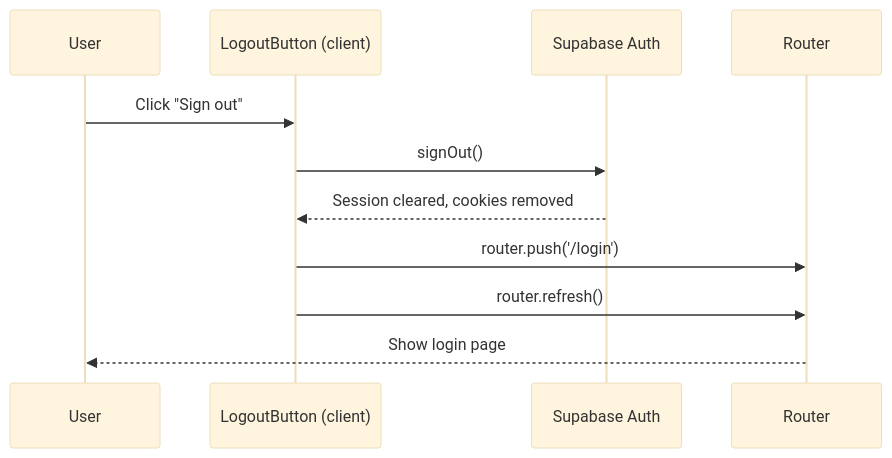
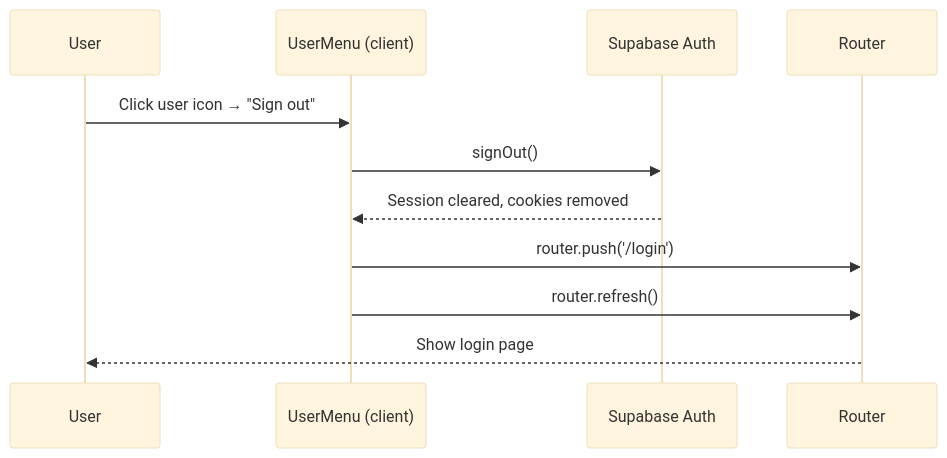
The fourth of 7 diagrams in docs/auth-flow.md (Felege-Yordanos-Tech-Team/felege-yordanos-app), drawn with Mermaid (base theme) before and after one commit. The commit also changed other lines of this file and 3 other files, not shown here.

First line of the commit message:
docs: 📝 update all architecture docs for latest features

````diff
--- a/docs/auth-flow.md
+++ b/docs/auth-flow.md
@@ -87,14 +125,14 @@
 ```mermaid
 sequenceDiagram
     participant U as User
-    participant LB as LogoutButton (client)
+    participant UM as UserMenu (client)
     participant SB as Supabase Auth
     participant R as Router
 
-    U->>LB: Click "Sign out"
-    LB->>SB: signOut()
-    SB-->>LB: Session cleared, cookies removed
-    LB->>R: router.push('/login')
-    LB->>R: router.refresh()
+    U->>UM: Click user icon → "Sign out"
+    UM->>SB: signOut()
+    SB-->>UM: Session cleared, cookies removed
+    UM->>R: router.push('/login')
+    UM->>R: router.refresh()
     R-->>U: Show login page
 ```
````
